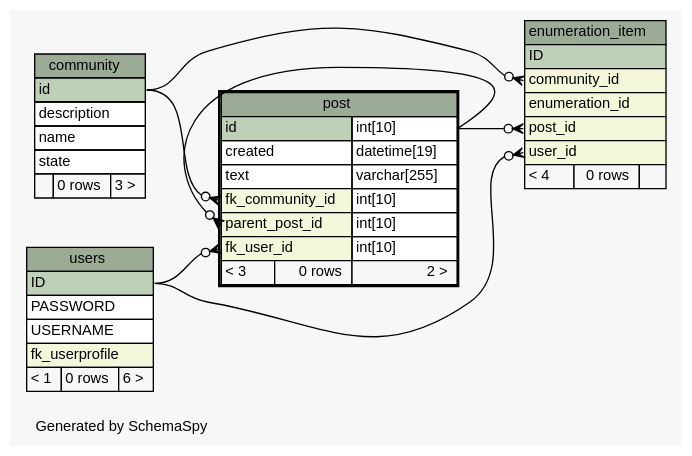
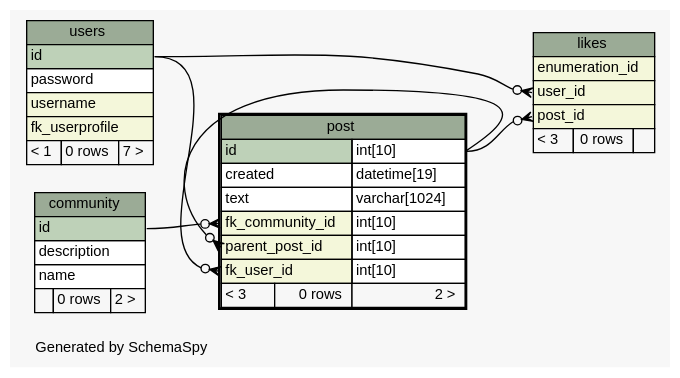
The diagram in doc/db_schema/diagrams/post.1degree.dot (chr-krenn/chr-krenn-fhj-ws2017-sd17-pse), drawn with Graphviz before and after one commit. The commit also changed 65 other files, not shown here.

```diff
--- a/doc/db_schema/diagrams/post.1degree.dot
+++ b/doc/db_schema/diagrams/post.1degree.dot
@@ -1,83 +1,79 @@
 // dot 2.40.1 on Linux 4.12.5-300.fc26.x86_64
 // SchemaSpy rev 590
 digraph "oneDegreeRelationshipsDiagram" {
   graph [
     rankdir="RL"
     bgcolor="#f7f7f7"
     label="\nGenerated by SchemaSpy"
     labeljust="l"
     nodesep="0.18"
     ranksep="0.46"
     fontname="Helvetica"
     fontsize="11"
   ];
   node [
     fontname="Helvetica"
     fontsize="11"
     shape="plaintext"
   ];
   edge [
     arrowsize="0.8"
   ];
-  "enumeration_item":"community_id":w -> "community":"id":e [arrowhead=none dir=back arrowtail=crowodot];
-  "enumeration_item":"post_id":w -> "post":"id.type":e [arrowhead=none dir=back arrowtail=crowodot];
-  "enumeration_item":"user_id":w -> "users":"ID":e [arrowhead=none dir=back arrowtail=crowodot];
+  "likes":"post_id":w -> "post":"id.type":e [arrowhead=none dir=back arrowtail=crowodot];
+  "likes":"user_id":w -> "users":"id":e [arrowhead=none dir=back arrowtail=crowodot];
   "post":"fk_community_id":w -> "community":"id":e [arrowhead=none dir=back arrowtail=crowodot];
-  "post":"fk_user_id":w -> "users":"ID":e [arrowhead=none dir=back arrowtail=crowodot];
+  "post":"fk_user_id":w -> "users":"id":e [arrowhead=none dir=back arrowtail=crowodot];
   "post":"parent_post_id":w -> "post":"id.type":e [arrowhead=none dir=back arrowtail=crowodot];
   "community" [
     label=<
     <TABLE BORDER="0" CELLBORDER="1" CELLSPACING="0" BGCOLOR="#ffffff">
       <TR><TD COLSPAN="3" BGCOLOR="#9bab96" ALIGN="CENTER">community</TD></TR>
       <TR><TD PORT="id" COLSPAN="3" BGCOLOR="#bed1b8" ALIGN="LEFT">id</TD></TR>
       <TR><TD PORT="description" COLSPAN="3" ALIGN="LEFT">description</TD></TR>
       <TR><TD PORT="name" COLSPAN="3" ALIGN="LEFT">name</TD></TR>
-      <TR><TD PORT="state" COLSPAN="3" ALIGN="LEFT">state</TD></TR>
-      <TR><TD ALIGN="LEFT" BGCOLOR="#f7f7f7">  </TD><TD ALIGN="RIGHT" BGCOLOR="#f7f7f7">0 rows</TD><TD ALIGN="RIGHT" BGCOLOR="#f7f7f7">3 &gt;</TD></TR>
+      <TR><TD ALIGN="LEFT" BGCOLOR="#f7f7f7">  </TD><TD ALIGN="RIGHT" BGCOLOR="#f7f7f7">0 rows</TD><TD ALIGN="RIGHT" BGCOLOR="#f7f7f7">2 &gt;</TD></TR>
     </TABLE>>
     URL="community.html"
     tooltip="community"
   ];
-  "enumeration_item" [
+  "likes" [
     label=<
     <TABLE BORDER="0" CELLBORDER="1" CELLSPACING="0" BGCOLOR="#ffffff">
-      <TR><TD COLSPAN="3" BGCOLOR="#9bab96" ALIGN="CENTER">enumeration_item</TD></TR>
-      <TR><TD PORT="ID" COLSPAN="3" BGCOLOR="#bed1b8" ALIGN="LEFT">ID</TD></TR>
-      <TR><TD PORT="community_id" COLSPAN="3" BGCOLOR="#f4f7da" ALIGN="LEFT">community_id</TD></TR>
+      <TR><TD COLSPAN="3" BGCOLOR="#9bab96" ALIGN="CENTER">likes</TD></TR>
       <TR><TD PORT="enumeration_id" COLSPAN="3" BGCOLOR="#f4f7da" ALIGN="LEFT">enumeration_id</TD></TR>
+      <TR><TD PORT="user_id" COLSPAN="3" BGCOLOR="#f4f7da" ALIGN="LEFT">user_id</TD></TR>
       <TR><TD PORT="post_id" COLSPAN="3" BGCOLOR="#f4f7da" ALIGN="LEFT">post_id</TD></TR>
-      <TR><TD PORT="user_id" COLSPAN="3" BGCOLOR="#f4f7da" ALIGN="LEFT">user_id</TD></TR>
-      <TR><TD ALIGN="LEFT" BGCOLOR="#f7f7f7">&lt; 4</TD><TD ALIGN="RIGHT" BGCOLOR="#f7f7f7">0 rows</TD><TD ALIGN="RIGHT" BGCOLOR="#f7f7f7">  </TD></TR>
+      <TR><TD ALIGN="LEFT" BGCOLOR="#f7f7f7">&lt; 3</TD><TD ALIGN="RIGHT" BGCOLOR="#f7f7f7">0 rows</TD><TD ALIGN="RIGHT" BGCOLOR="#f7f7f7">  </TD></TR>
     </TABLE>>
-    URL="enumeration_item.html"
-    tooltip="enumeration_item"
+    URL="likes.html"
+    tooltip="likes"
   ];
   "post" [
     label=<
     <TABLE BORDER="2" CELLBORDER="1" CELLSPACING="0" BGCOLOR="#ffffff">
       <TR><TD COLSPAN="3" BGCOLOR="#9bab96" ALIGN="CENTER">post</TD></TR>
       <TR><TD PORT="id" COLSPAN="2" BGCOLOR="#bed1b8" ALIGN="LEFT">id</TD><TD PORT="id.type" ALIGN="LEFT">int[10]</TD></TR>
       <TR><TD PORT="created" COLSPAN="2" ALIGN="LEFT">created</TD><TD PORT="created.type" ALIGN="LEFT">datetime[19]</TD></TR>
-      <TR><TD PORT="text" COLSPAN="2" ALIGN="LEFT">text</TD><TD PORT="text.type" ALIGN="LEFT">varchar[255]</TD></TR>
+      <TR><TD PORT="text" COLSPAN="2" ALIGN="LEFT">text</TD><TD PORT="text.type" ALIGN="LEFT">varchar[1024]</TD></TR>
       <TR><TD PORT="fk_community_id" COLSPAN="2" BGCOLOR="#f4f7da" ALIGN="LEFT">fk_community_id</TD><TD PORT="fk_community_id.type" ALIGN="LEFT">int[10]</TD></TR>
       <TR><TD PORT="parent_post_id" COLSPAN="2" BGCOLOR="#f4f7da" ALIGN="LEFT">parent_post_id</TD><TD PORT="parent_post_id.type" ALIGN="LEFT">int[10]</TD></TR>
       <TR><TD PORT="fk_user_id" COLSPAN="2" BGCOLOR="#f4f7da" ALIGN="LEFT">fk_user_id</TD><TD PORT="fk_user_id.type" ALIGN="LEFT">int[10]</TD></TR>
       <TR><TD ALIGN="LEFT" BGCOLOR="#f7f7f7">&lt; 3</TD><TD ALIGN="RIGHT" BGCOLOR="#f7f7f7">0 rows</TD><TD ALIGN="RIGHT" BGCOLOR="#f7f7f7">2 &gt;</TD></TR>
     </TABLE>>
     URL="post.html"
     tooltip="post"
   ];
   "users" [
     label=<
     <TABLE BORDER="0" CELLBORDER="1" CELLSPACING="0" BGCOLOR="#ffffff">
       <TR><TD COLSPAN="3" BGCOLOR="#9bab96" ALIGN="CENTER">users</TD></TR>
-      <TR><TD PORT="ID" COLSPAN="3" BGCOLOR="#bed1b8" ALIGN="LEFT">ID</TD></TR>
-      <TR><TD PORT="PASSWORD" COLSPAN="3" ALIGN="LEFT">PASSWORD</TD></TR>
-      <TR><TD PORT="USERNAME" COLSPAN="3" ALIGN="LEFT">USERNAME</TD></TR>
+      <TR><TD PORT="id" COLSPAN="3" BGCOLOR="#bed1b8" ALIGN="LEFT">id</TD></TR>
+      <TR><TD PORT="password" COLSPAN="3" ALIGN="LEFT">password</TD></TR>
+      <TR><TD PORT="username" COLSPAN="3" BGCOLOR="#f4f7da" ALIGN="LEFT">username</TD></TR>
       <TR><TD PORT="fk_userprofile" COLSPAN="3" BGCOLOR="#f4f7da" ALIGN="LEFT">fk_userprofile</TD></TR>
-      <TR><TD ALIGN="LEFT" BGCOLOR="#f7f7f7">&lt; 1</TD><TD ALIGN="RIGHT" BGCOLOR="#f7f7f7">0 rows</TD><TD ALIGN="RIGHT" BGCOLOR="#f7f7f7">6 &gt;</TD></TR>
+      <TR><TD ALIGN="LEFT" BGCOLOR="#f7f7f7">&lt; 1</TD><TD ALIGN="RIGHT" BGCOLOR="#f7f7f7">0 rows</TD><TD ALIGN="RIGHT" BGCOLOR="#f7f7f7">7 &gt;</TD></TR>
     </TABLE>>
     URL="users.html"
     tooltip="users"
   ];
 }
```
